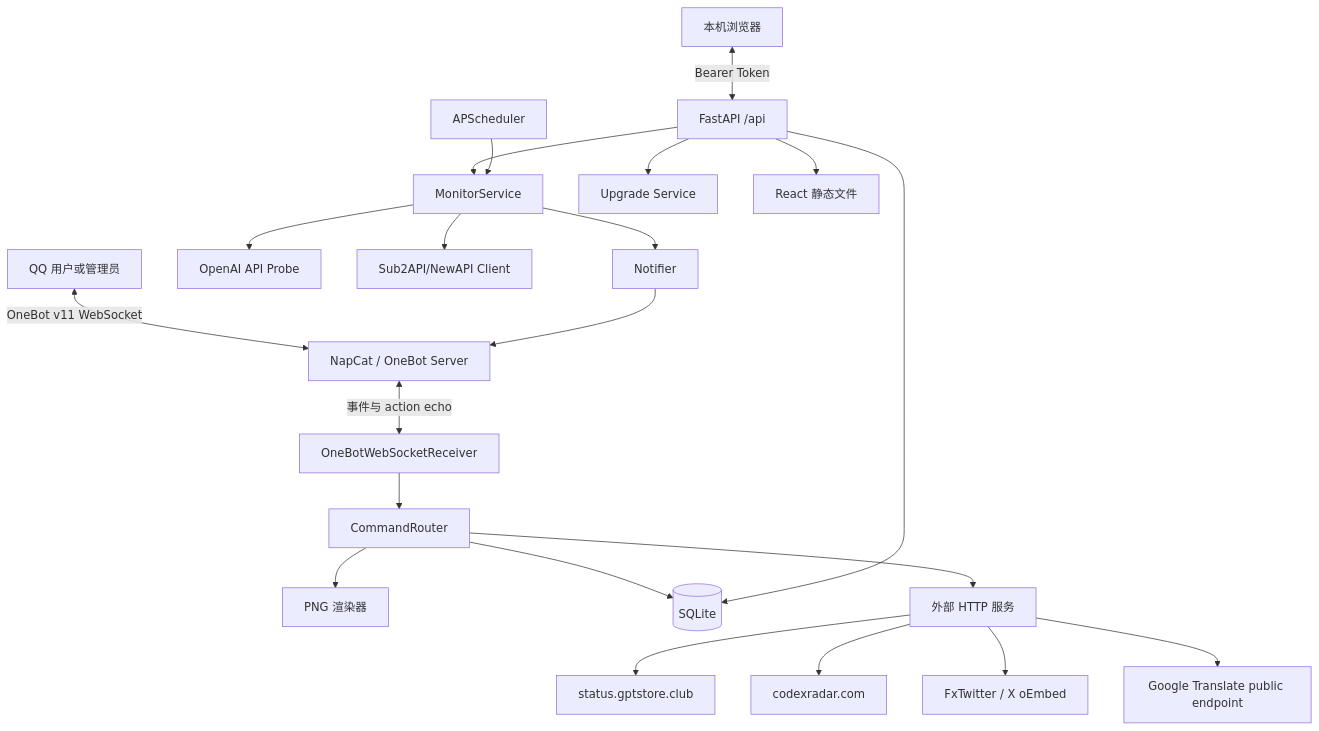
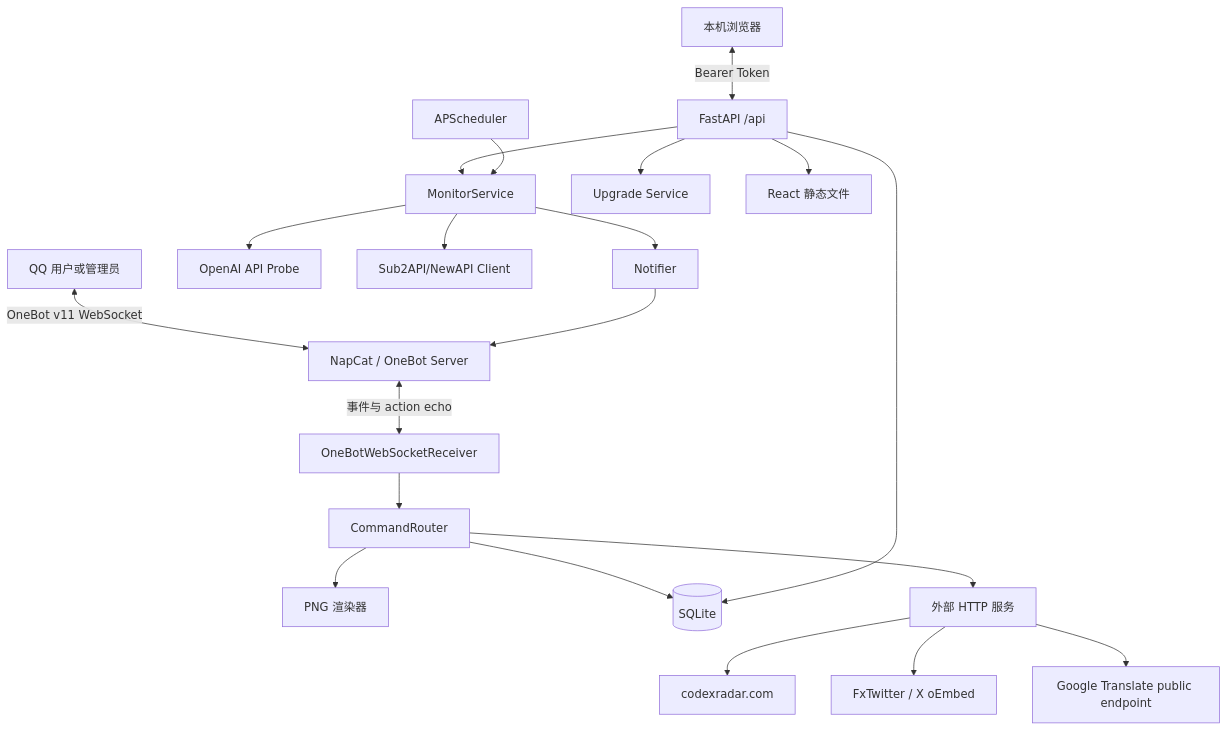
The first of 2 diagrams in TECHNICAL_MIGRATION_HANDOFF.md (mcyh234/APIMonitorBot), drawn with Mermaid before and after one commit. The commit also changed other lines of this file and 28 other files, not shown here.

````diff
--- a/TECHNICAL_MIGRATION_HANDOFF.md
+++ b/TECHNICAL_MIGRATION_HANDOFF.md
@@ -54,26 +54,25 @@
 ```mermaid
 flowchart TD
     User[QQ 用户或管理员] <-->|OneBot v11 WebSocket| OB[NapCat / OneBot Server]
     OB <-->|事件与 action echo| WS[OneBotWebSocketReceiver]
     WS --> CMD[CommandRouter]
     CMD --> IMG[PNG 渲染器]
     CMD --> DB[(SQLite)]
     CMD --> EXT[外部 HTTP 服务]
 
     Browser[本机浏览器] <-->|Bearer Token| API[FastAPI /api]
     API --> DB
     API --> MON[MonitorService]
     API --> UPG[Upgrade Service]
     API --> SPA[React 静态文件]
 
     SCHED[APScheduler] --> MON
     MON --> PROBE[OpenAI API Probe]
     MON --> SUB2[Sub2API/NewAPI Client]
     MON --> NOTIFY[Notifier]
     NOTIFY --> OB
 
-    EXT --> STATUS[status.gptstore.club]
     EXT --> RADAR[codexradar.com]
     EXT --> XAPI[FxTwitter / X oEmbed]
     EXT --> TRANS[Google Translate public endpoint]
 ```
````
